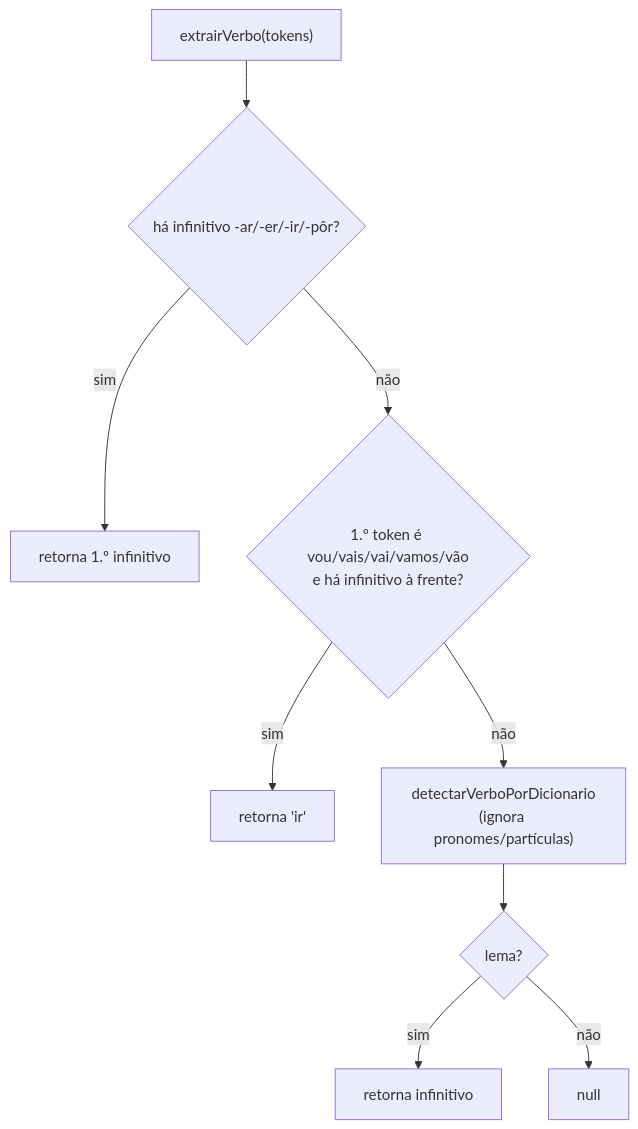
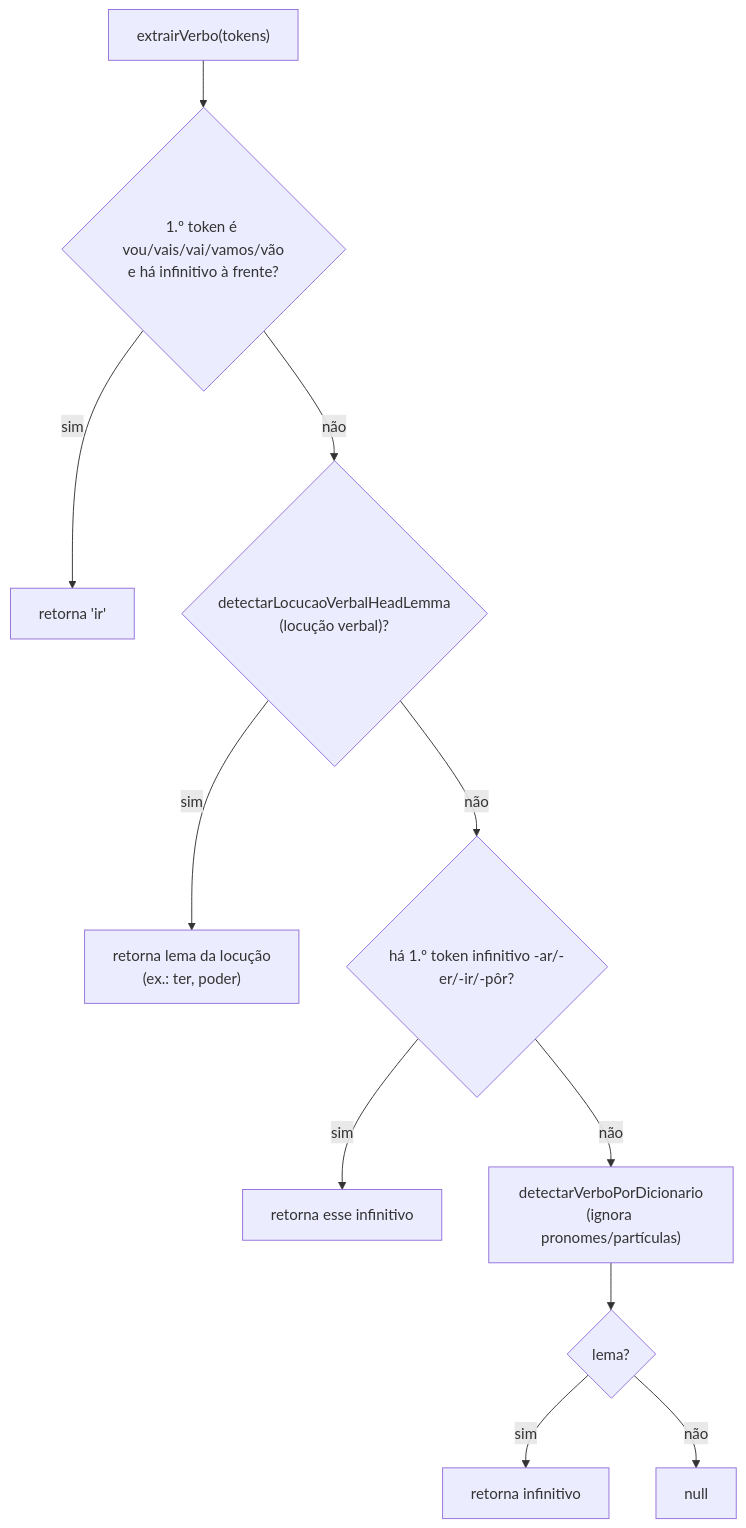
One commit to aac-ai-lab/conjug.ai changed the second of 6 diagrams in docs/diagrama.md. Above: the diagram before and after it, drawn with Mermaid. The commit also changed other lines of this file and 8 other files, not shown here.

First line of the commit message:
docs: update diagrams and documentation for verbal extraction and coordination segmentation

````diff
--- a/docs/diagrama.md
+++ b/docs/diagrama.md
@@ -33,11 +33,13 @@
 ```mermaid
 flowchart TD
-  X["extrairVerbo(tokens)"] --> A{"há infinitivo -ar/-er/-ir/-pôr?"}
-  A -->|sim| B["retorna 1.º infinitivo"]
-  A -->|não| C{"1.º token é vou/vais/vai/vamos/vão<br/>e há infinitivo à frente?"}
+  X["extrairVerbo(tokens)"] --> C{"1.º token é vou/vais/vai/vamos/vão<br/>e há infinitivo à frente?"}
   C -->|sim| D["retorna 'ir'"]
-  C -->|não| E["detectarVerboPorDicionario<br/>(ignora pronomes/partículas)"]
+  C -->|não| L{"detectarLocucaoVerbalHeadLemma<br/>(locução verbal)?"}
+  L -->|sim| LEM["retorna lema da locução<br/>(ex.: ter, poder)"]
+  L -->|não| A{"há 1.º token infinitivo -ar/-er/-ir/-pôr?"}
+  A -->|sim| B["retorna esse infinitivo"]
+  A -->|não| E["detectarVerboPorDicionario<br/>(ignora pronomes/partículas)"]
   E --> F{lema?}
   F -->|sim| G["retorna infinitivo"]
   F -->|não| H["null"]
 ```
````
